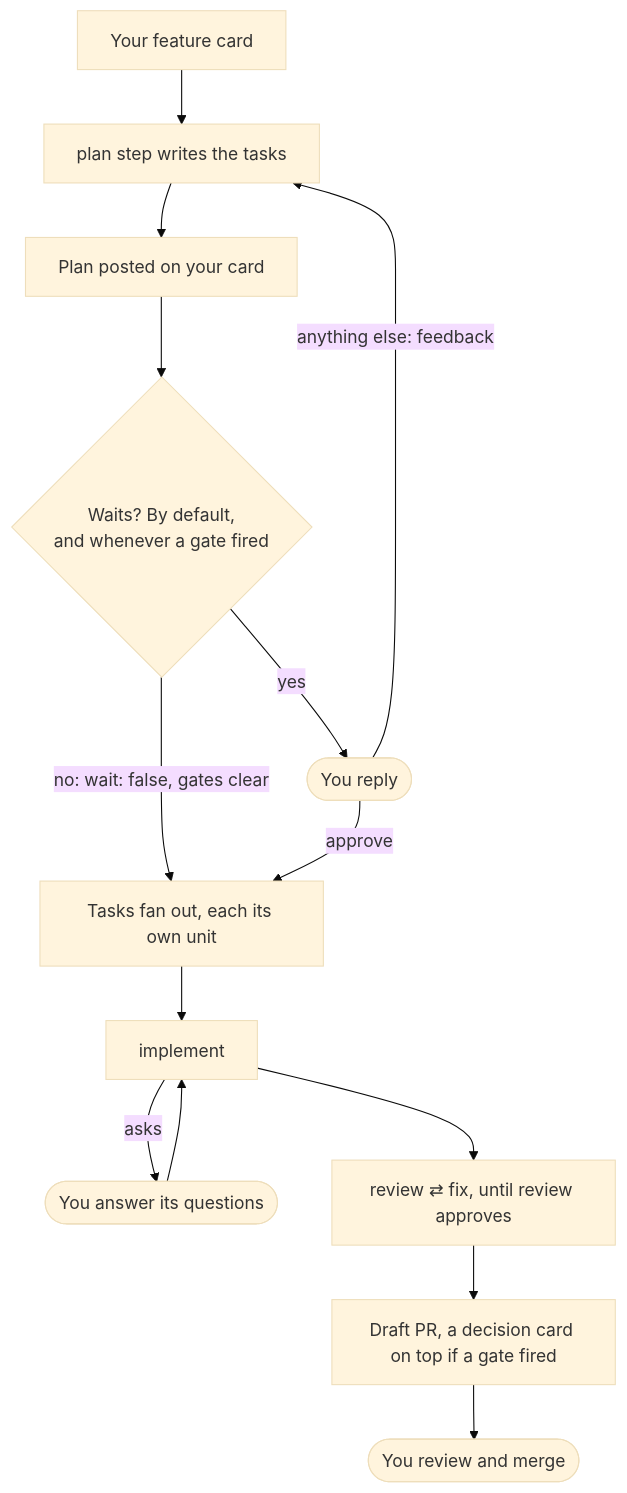
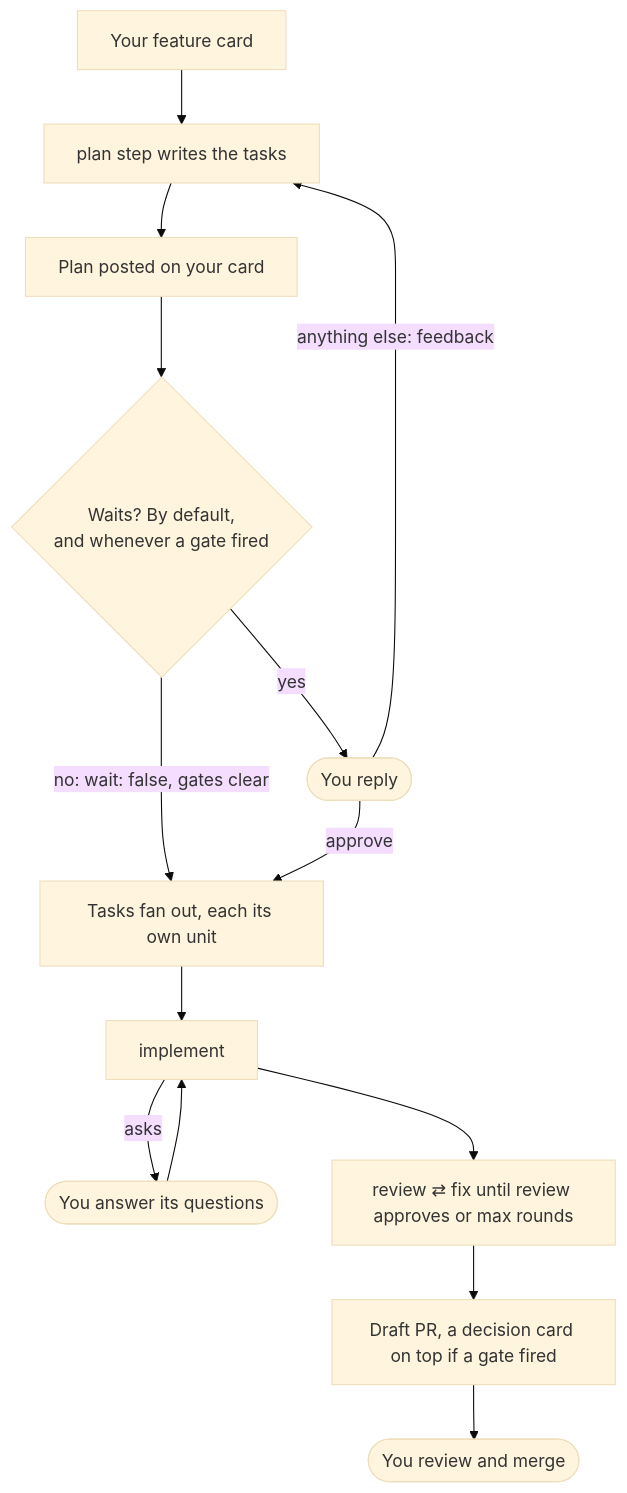
One commit to AndreaProvenzale/awaywork changed the diagram in docs/guide/workflows.md. Above: the diagram before and after it, drawn with Mermaid (base theme). The commit also changed 4 other files, not shown here.

Commit message:
Say where model calls run in the diagrams, and name the first-match exceptions

````diff
--- a/docs/guide/workflows.md
+++ b/docs/guide/workflows.md
@@ -19,16 +19,16 @@
 ```mermaid
 flowchart TD
   card["Your feature card"] --> plan["plan step writes the tasks"]
   plan --> posted["Plan posted on your card"]
   posted --> waits{"Waits? By default,<br/>and whenever a gate fired"}
   waits -- "no: wait: false, gates clear" --> tasks["Tasks fan out, each its own unit"]
   waits -- yes --> you1(["You reply"])
   you1 -- approve --> tasks
   you1 -- "anything else: feedback" --> plan
   tasks --> impl["implement"]
   impl -- asks --> q(["You answer its questions"])
   q --> impl
-  impl --> loop["review ⇄ fix, until review approves"]
+  impl --> loop["review ⇄ fix until review approves or max rounds"]
   loop --> pr["Draft PR, a decision card on top if a gate fired"]
   pr --> you2(["You review and merge"])
 ```
````
